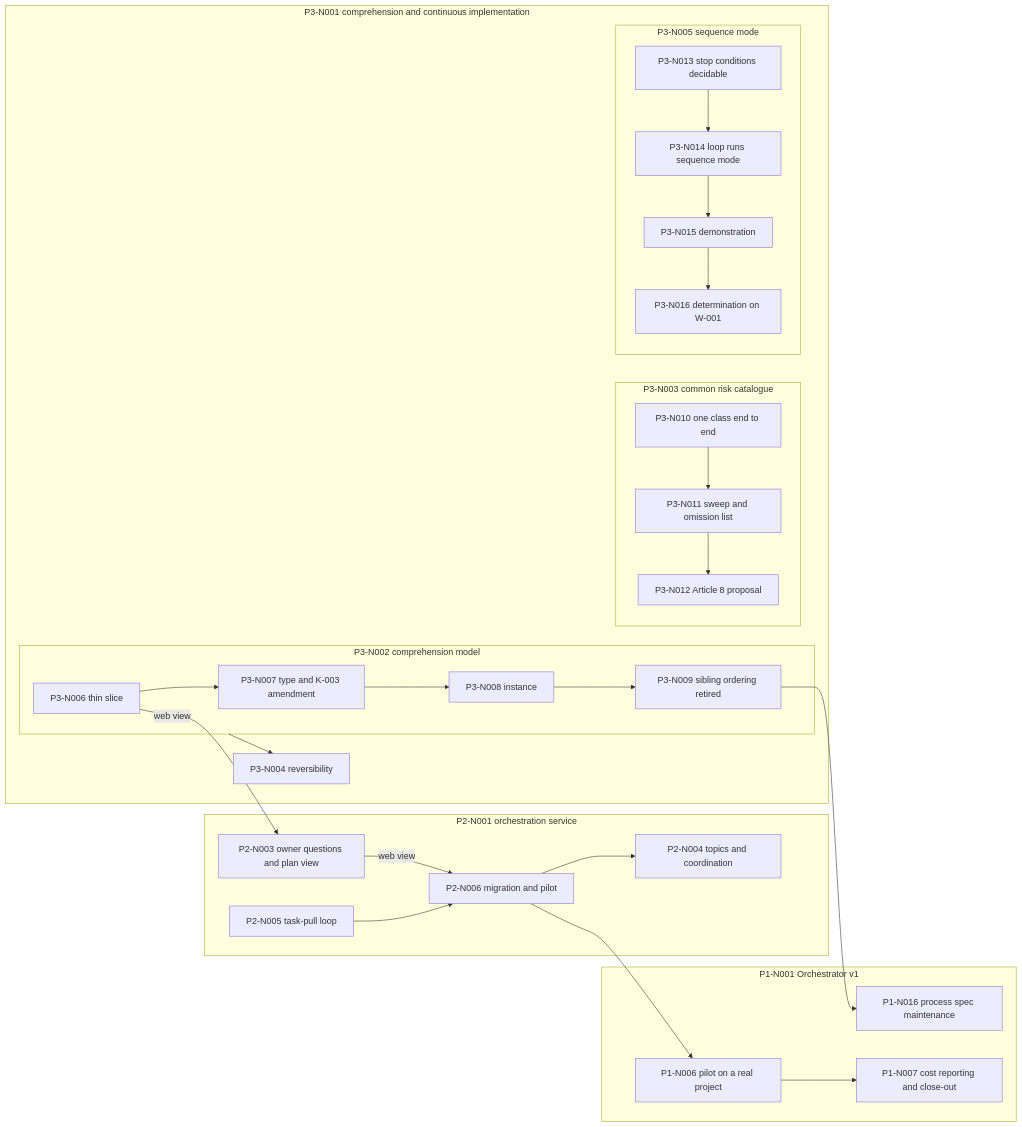
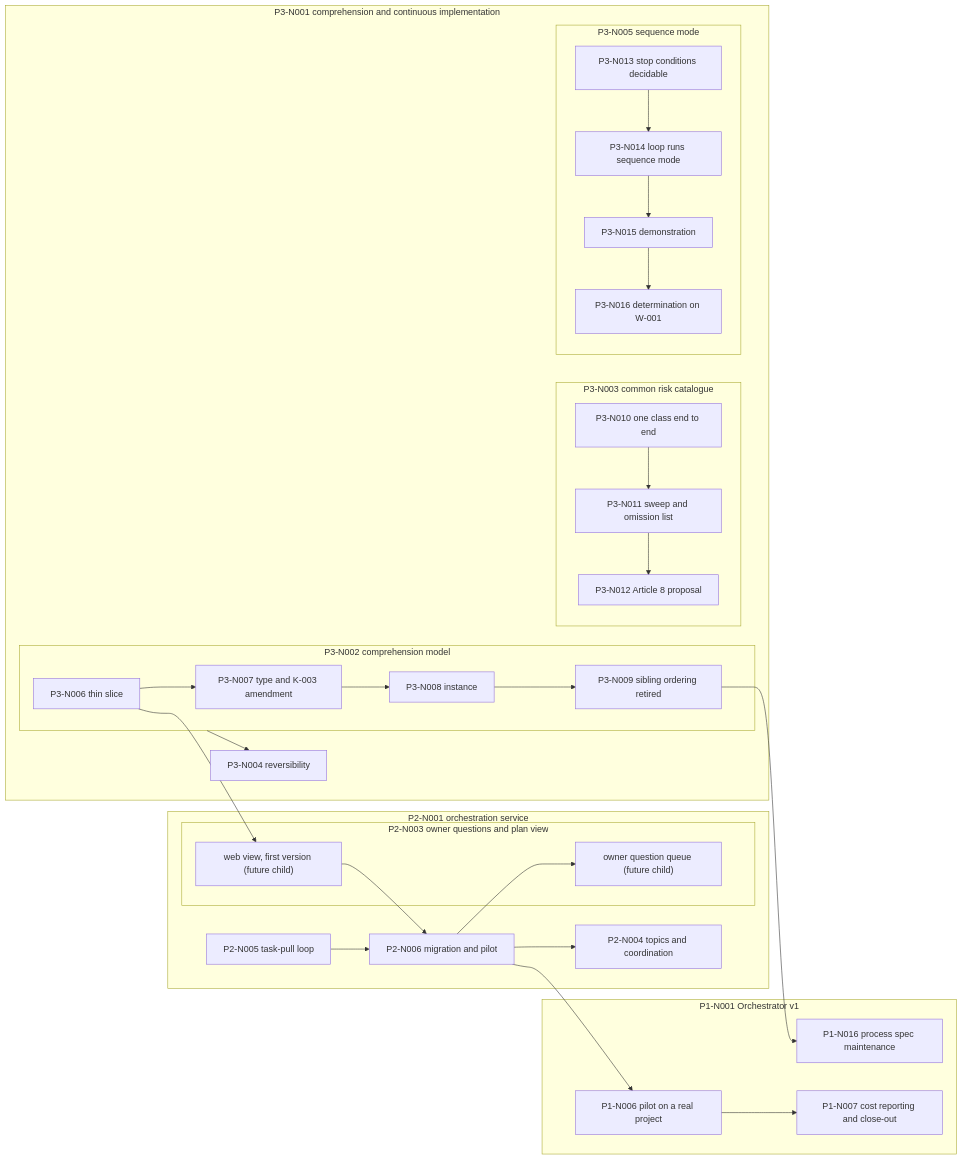
The diagram in docs/plan.md (majodali/project-orchestrator), drawn with Mermaid before and after one commit. The commit also changed other lines of this file, not shown here.

First line of the commit message:
Plan document: dependency semantics for parents, chains and the P2-N003 split

````diff
--- a/docs/plan.md
+++ b/docs/plan.md
@@ -458,45 +460,49 @@
 ```mermaid
 graph LR
   subgraph P1N001["P1-N001 Orchestrator v1"]
     P1N016["P1-N016 process spec maintenance"]
     P1N006["P1-N006 pilot on a real project"]
     P1N007["P1-N007 cost reporting and close-out"]
   end
   subgraph P2N001["P2-N001 orchestration service"]
-    P2N003["P2-N003 owner questions and plan view"]
+    subgraph P2N003["P2-N003 owner questions and plan view"]
+      P2N003V["web view, first version (future child)"]
+      P2N003Q["owner question queue (future child)"]
+    end
     P2N004["P2-N004 topics and coordination"]
     P2N005["P2-N005 task-pull loop"]
     P2N006["P2-N006 migration and pilot"]
   end
   subgraph P3N001["P3-N001 comprehension and continuous implementation"]
     subgraph P3N002["P3-N002 comprehension model"]
       P3N006["P3-N006 thin slice"]
       P3N007["P3-N007 type and K-003 amendment"]
       P3N008["P3-N008 instance"]
       P3N009["P3-N009 sibling ordering retired"]
     end
     subgraph P3N003["P3-N003 common risk catalogue"]
       P3N010["P3-N010 one class end to end"]
       P3N011["P3-N011 sweep and omission list"]
       P3N012["P3-N012 Article 8 proposal"]
     end
     P3N004["P3-N004 reversibility"]
     subgraph P3N005["P3-N005 sequence mode"]
       P3N013["P3-N013 stop conditions decidable"]
       P3N014["P3-N014 loop runs sequence mode"]
       P3N015["P3-N015 demonstration"]
       P3N016["P3-N016 determination on W-001"]
     end
   end
   P3N006 --> P3N007 --> P3N008 --> P3N009
   P3N010 --> P3N011 --> P3N012
   P3N013 --> P3N014 --> P3N015 --> P3N016
   P3N002 --> P3N004
-  P3N006 -->|web view| P2N003
-  P2N003 -->|web view| P2N006
+  P3N006 --> P2N003V
+  P2N003V --> P2N006
+  P2N006 --> P2N003Q
   P2N005 --> P2N006
   P2N006 --> P2N004
   P2N006 --> P1N006
   P1N006 --> P1N007
   P3N009 --> P1N016
 ```
````
